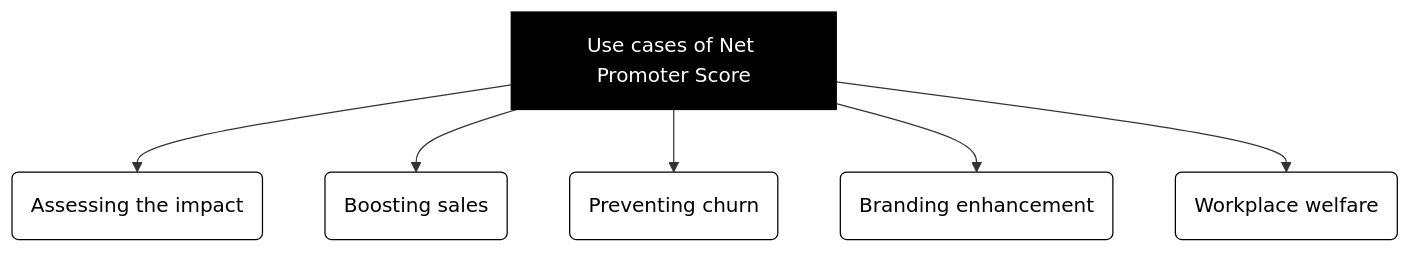
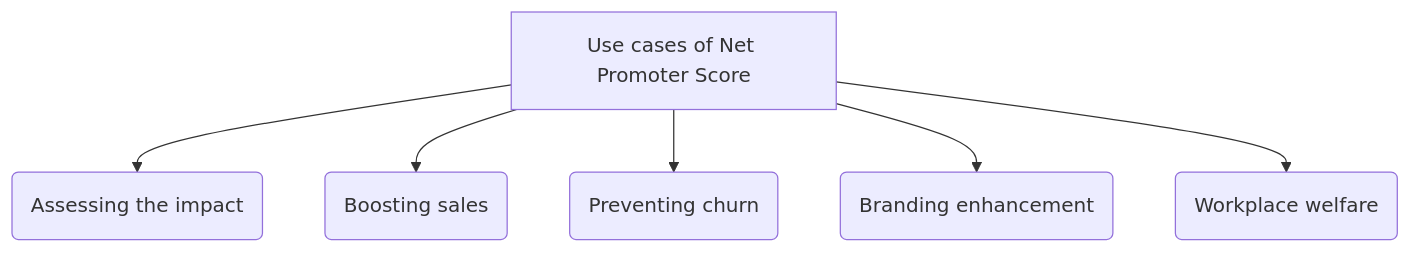
Before and after one commit to manutechwriter/npstest: the first of 3 diagrams in docs/index.md, drawn with Mermaid. The commit also changed 2 other files, not shown here.

Commit message:
added color palette toggle next to search bar

````diff
--- a/docs/index.md
+++ b/docs/index.md
@@ -71,11 +71,9 @@
 ```mermaid
 graph TD
-    style A fill:#000,stroke:black,stroke-width:1px,color:#fff;
-    classDef use_case fill:#fff,stroke:black,stroke-width:1px,color:#000;
 
-    A[Use cases of Net Promoter Score] --> B(Assessing the impact):::use_case
-    A[Use cases of Net Promoter Score] --> C(Boosting sales):::use_case
-    A[Use cases of Net Promoter Score] --> D(Preventing churn):::use_case
-    A[Use cases of Net Promoter Score] --> E(Branding enhancement):::use_case
-    A[Use cases of Net Promoter Score] --> F(Workplace welfare):::use_case
+    A[Use cases of Net Promoter Score] --> B(Assessing the impact)
+    A[Use cases of Net Promoter Score] --> C(Boosting sales)
+    A[Use cases of Net Promoter Score] --> D(Preventing churn)
+    A[Use cases of Net Promoter Score] --> E(Branding enhancement)
+    A[Use cases of Net Promoter Score] --> F(Workplace welfare)
 ```
````
